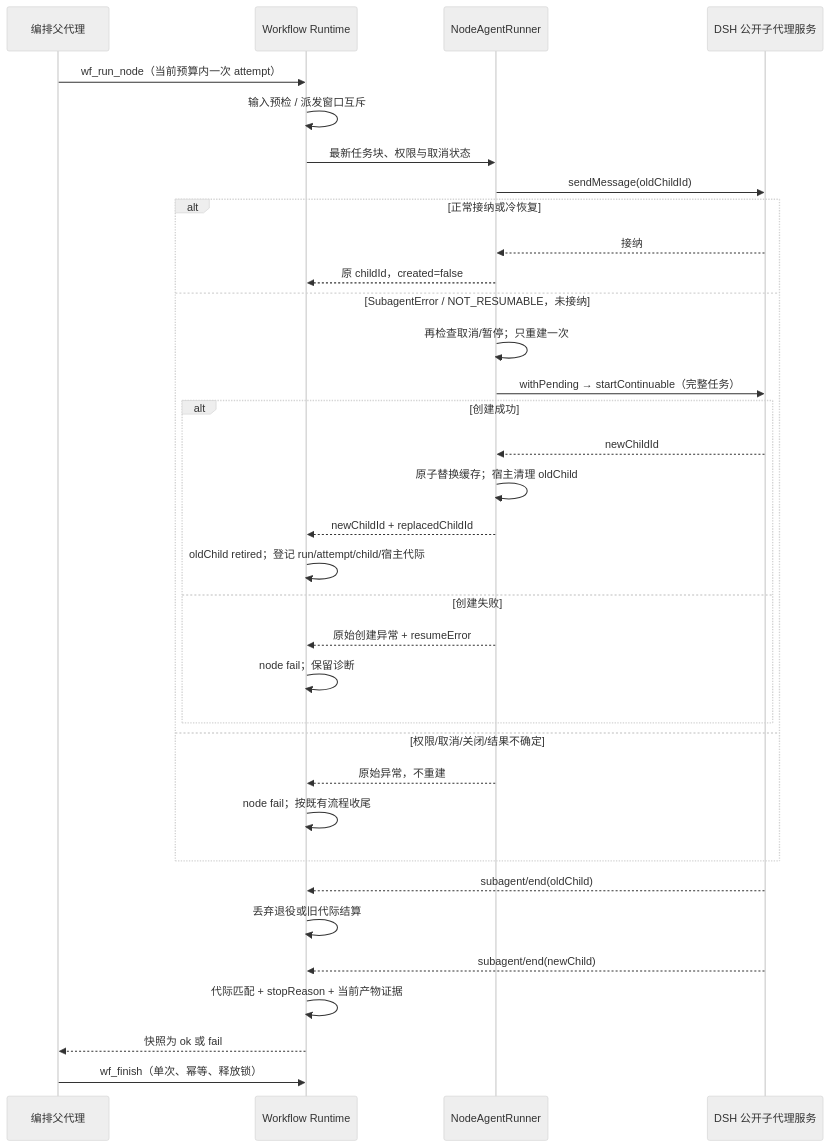
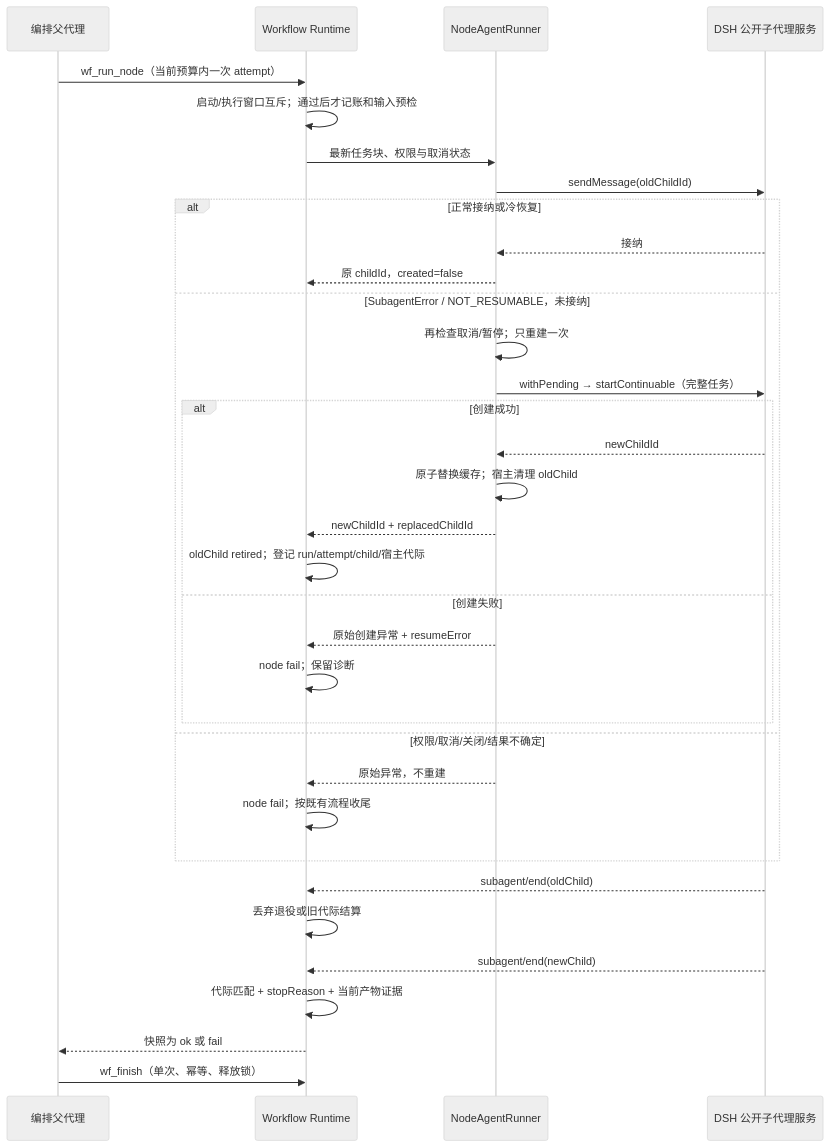
The diagram in docs/node-recovery.md (etoilestar/dsh-Visual-Workflow), drawn with Mermaid (neutral theme) before and after one commit. The commit also changed other lines of this file and 5 other files, not shown here.

````diff
--- a/docs/node-recovery.md
+++ b/docs/node-recovery.md
@@ -19,36 +21,36 @@
 ```mermaid
 sequenceDiagram
     participant P as 编排父代理
     participant W as Workflow Runtime
     participant R as NodeAgentRunner
     participant D as DSH 公开子代理服务
     P->>W: wf_run_node（当前预算内一次 attempt）
-    W->>W: 输入预检 / 派发窗口互斥
+    W->>W: 启动/执行窗口互斥；通过后才记账和输入预检
     W->>R: 最新任务块、权限与取消状态
     R->>D: sendMessage(oldChildId)
     alt 正常接纳或冷恢复
         D-->>R: 接纳
         R-->>W: 原 childId，created=false
     else SubagentError / NOT_RESUMABLE，未接纳
         R->>R: 再检查取消/暂停；只重建一次
         R->>D: withPending → startContinuable（完整任务）
         alt 创建成功
             D-->>R: newChildId
             R->>R: 原子替换缓存；宿主清理 oldChild
             R-->>W: newChildId + replacedChildId
             W->>W: oldChild retired；登记 run/attempt/child/宿主代际
         else 创建失败
             R-->>W: 原始创建异常 + resumeError
             W->>W: node fail；保留诊断
         end
     else 权限/取消/关闭/结果不确定
         R-->>W: 原始异常，不重建
         W->>W: node fail；按既有流程收尾
     end
     D-->>W: subagent/end(oldChild)
     W->>W: 丢弃退役或旧代际结算
     D-->>W: subagent/end(newChild)
     W->>W: 代际匹配 + stopReason + 当前产物证据
     W-->>P: 快照为 ok 或 fail
     P->>W: wf_finish（单次、幂等、释放锁）
 ```
````
